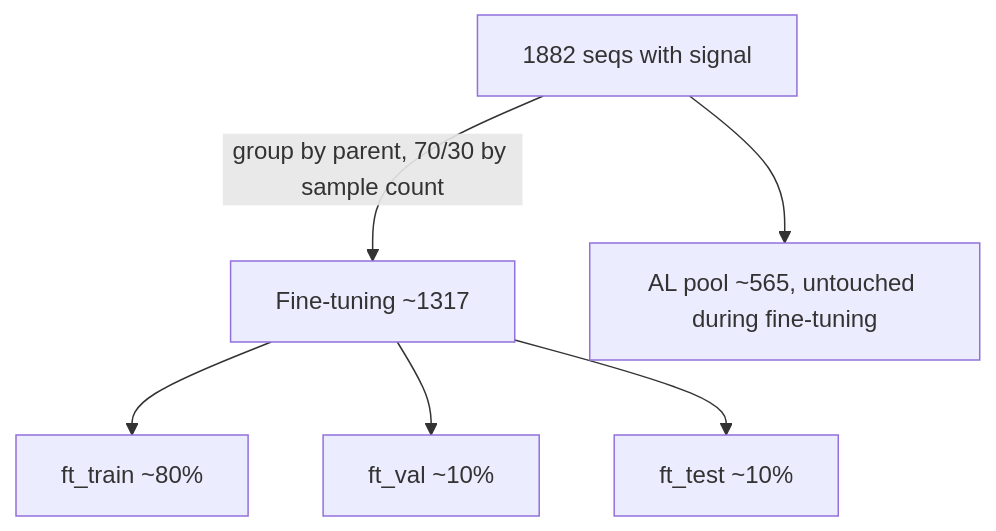
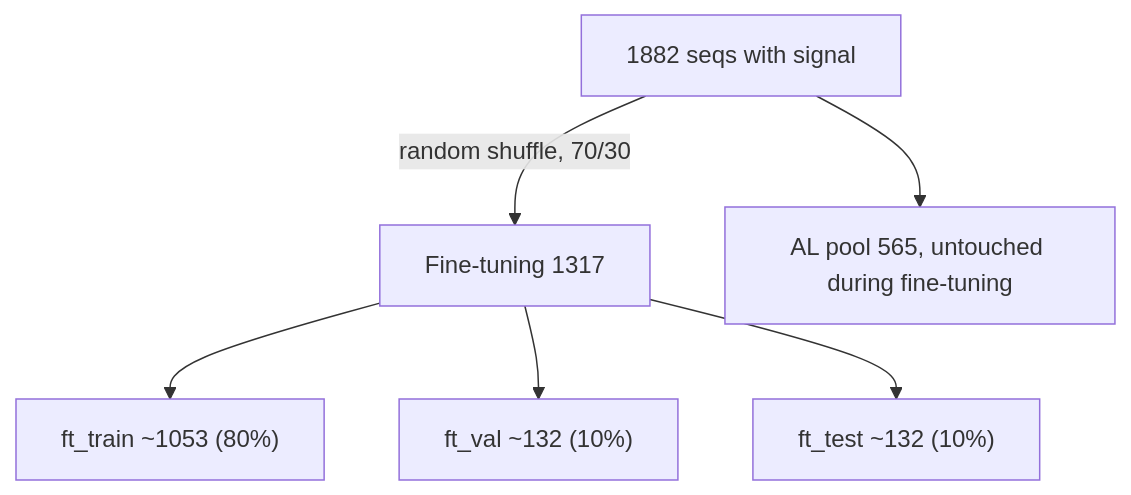
One commit to hairuow622/Rotation_project changed the diagram in doc/chip-iso_fine-tuning.md. Above: the diagram before and after it, drawn with Mermaid. The commit also changed other lines of this file and 5 other files, not shown here.

Commit message:
fine tune random split

````diff
--- a/doc/chip-iso_fine-tuning.md
+++ b/doc/chip-iso_fine-tuning.md
@@ -23,8 +23,8 @@
 ```mermaid
 flowchart TD
-    all["1882 seqs with signal"] -->|"group by parent, 70/30 by sample count"| ft["Fine-tuning ~1317"]
-    all --> al["AL pool ~565, untouched during fine-tuning"]
-    ft --> ftTrain["ft_train ~80%"]
-    ft --> ftVal["ft_val ~10%"]
-    ft --> ftTest["ft_test ~10%"]
+    all["1882 seqs with signal"] -->|"random shuffle, 70/30"| ft["Fine-tuning 1317"]
+    all --> al["AL pool 565, untouched during fine-tuning"]
+    ft --> ftTrain["ft_train ~1053 (80%)"]
+    ft --> ftVal["ft_val ~132 (10%)"]
+    ft --> ftTest["ft_test ~132 (10%)"]
 ```
````
